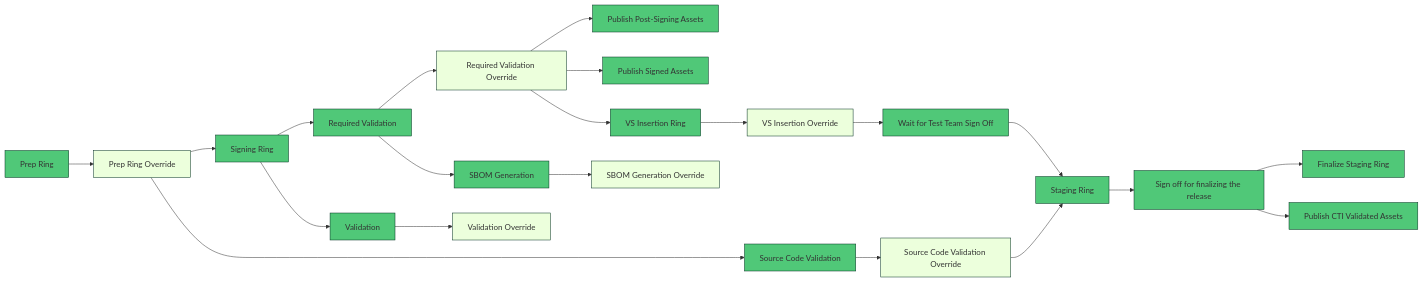
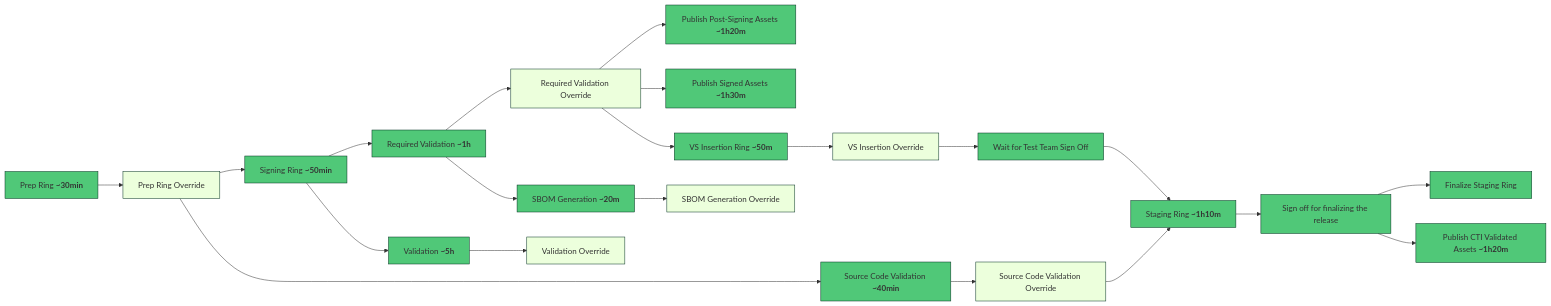
The first of 2 diagrams in Documentation/TeamProcess/One-Pagers/bcm-emergency-staging-pipeline-optimizations-12261.md (dotnet/arcade), drawn with Mermaid before and after one commit. The commit also changed other lines of this file, not shown here.

````diff
--- a/Documentation/TeamProcess/One-Pagers/bcm-emergency-staging-pipeline-optimizations-12261.md
+++ b/Documentation/TeamProcess/One-Pagers/bcm-emergency-staging-pipeline-optimizations-12261.md
@@ -15,26 +15,26 @@
 ```mermaid
 flowchart LR
-  prep[Prep Ring] --> prep_override[Prep Ring Override]
-  prep_override --> signing[Signing Ring]
-  prep_override --> source_code_validation[Source Code Validation]
+  prep["Prep Ring <b>~30min</b>"] --> prep_override[Prep Ring Override]
+  prep_override --> signing["Signing Ring <b>~50min</b>"]
+  prep_override --> source_code_validation["Source Code Validation <b>~40min</b>"]
   source_code_validation --> source_code_validation_override[Source Code Validation Override]
-  signing --> required_validation[Required Validation]
-  signing --> validation[Validation]
-  required_validation --> sbom_generation[SBOM Generation]
+  signing --> required_validation["Required Validation <b>~1h</b>"]
+  signing --> validation["Validation <b>~5h</b>"]
+  required_validation --> sbom_generation["SBOM Generation <b>~20m</b>"]
   required_validation --> required_validation_override[Required Validation Override]
   validation --> validation_override[Validation Override]
-  required_validation_override --> publishing_v3_signed[Publish Post-Signing Assets]
-  required_validation_override --> post_signing_publishing[Publish Signed Assets]
-  required_validation_override --> vs_insertion[VS Insertion Ring]
+  required_validation_override --> publishing_v3_signed["Publish Post-Signing Assets <b>~1h20m</b>"]
+  required_validation_override --> post_signing_publishing["Publish Signed Assets <b>~1h30m</b>"]
+  required_validation_override --> vs_insertion["VS Insertion Ring <b>~50m</b>"]
   sbom_generation --> sbom_generation_override[SBOM Generation Override]
   vs_insertion --> vs_insertion_override[VS Insertion Override]
   vs_insertion_override --> cti_sign_off[Wait for Test Team Sign Off]
-  cti_sign_off --> staging[Staging Ring]
+  cti_sign_off --> staging["Staging Ring <b>~1h10m</b>"]
   source_code_validation_override --> staging
   staging --> finalize_sign_off[Sign off for finalizing the release]
   finalize_sign_off --> finalize_staging[Finalize Staging Ring]
-  finalize_sign_off --> publishing_v3_validated[Publish CTI Validated Assets]
+  finalize_sign_off --> publishing_v3_validated["Publish CTI Validated Assets <b>~1h20m</b>"]
   classDef default fill:#50C878, stroke:#023020;
   classDef Override fill:#ECFFDC, stroke:#023020;
   class prep_override,source_code_validation_override,required_validation_override,sbom_generation_override,vs_insertion_override,validation_override Override;
 ```
````
